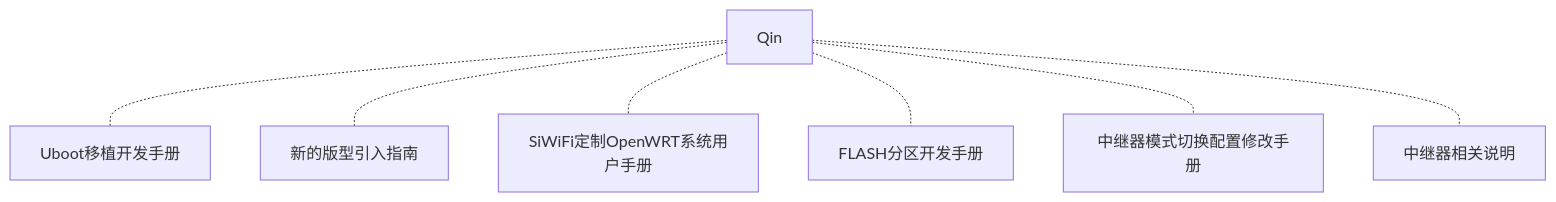
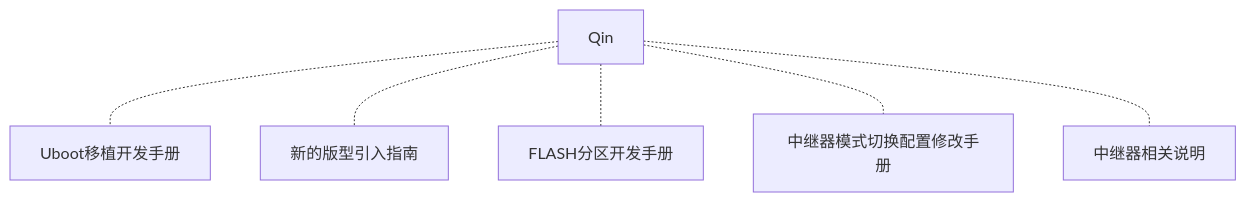
One commit to Siflower/siflower.github.io changed the second of 7 diagrams in _posts/meetings/2020-7-17-meetings.md. Above: the diagram before and after it, drawn with Mermaid. The commit also changed other lines of this file and 3 other files, not shown here.

````diff
--- a/_posts/meetings/2020-7-17-meetings.md
+++ b/_posts/meetings/2020-7-17-meetings.md
@@ -54,20 +54,18 @@
 ```mermaid
 graph TB
 E[Qin]
 E-.-E1[Uboot移植开发手册]
 E-.-E3[新的版型引入指南]
-E-.-E4[SiWiFi定制OpenWRT系统用户手册]
 E-.-E5[FLASH分区开发手册]
 
 click E1 "https://open.siflower.cn/#/console/documents?id=6e43a77b59080100011ecdd4" "Uboot移植开发手册"
 click E3 "https://open.siflower.cn/#/console/documents?id=5e43b6a059080100011ecde2" "新的版型引入指南"
-click E4 "https://open.siflower.cn/#/console/documents?id=5e43c00b59080100011ecde6" "SiWiFi定制OpenWRT系统用户手册"
 click E5 "https://open.siflower.cn/#/console/documents?id=5e44015259080100011ecde8" "FLASH分区开发手册"
 E-.-E6[中继器模式切换配置修改手册]
 click E6 "https://open.siflower.cn/#/console/documents?id=5d229e37d1606300013a8247" "中继器模式切换配置修改手册"
 
 E-.-E7[中继器相关说明]
 click E7 "https://open.siflower.cn/#/console/documents?id=5d5ce340fefc6d0001f73d73" "中继器相关说明"
 
 
 ```
````
